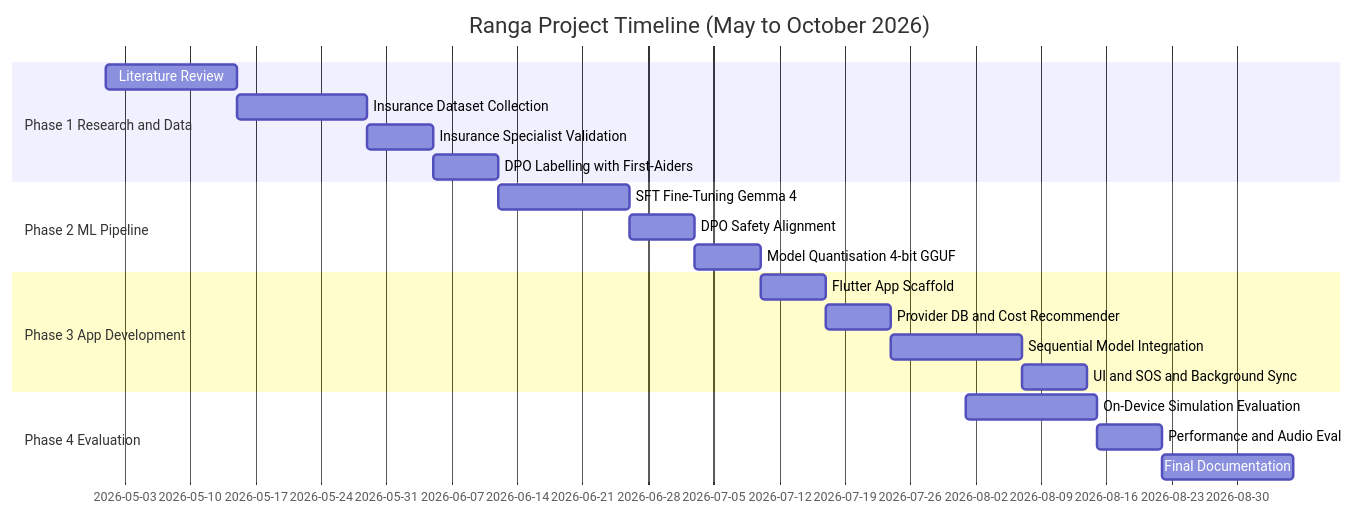
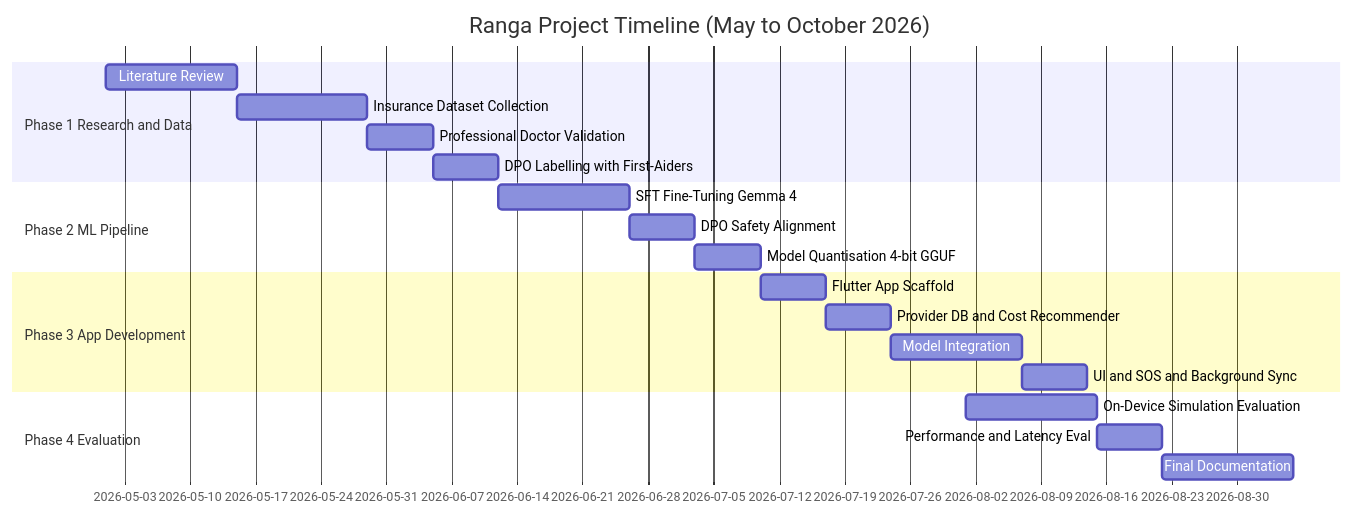
Before and after one commit to tuyishimejeandamour/capstone: the second of 11 diagrams in proposal.md, drawn with Mermaid. The commit also changed other lines of this file and 52 other files, not shown here.

Commit message:
Update project dependencies, enhance database schema for hospitals, and improve location-based hospital recommendations in the app.

````diff
--- a/proposal.md
+++ b/proposal.md
@@ -185,26 +183,26 @@
 ```mermaid
 gantt
     title Ranga Project Timeline (May to October 2026)
     dateFormat  YYYY-MM-DD
     section Phase 1 Research and Data
     Literature Review                    :a1, 2026-05-01, 14d
     Insurance Dataset Collection         :a2, after a1, 14d
-    Insurance Specialist Validation      :a3, after a2, 7d
+    Professional Doctor Validation       :a3, after a2, 7d
     DPO Labelling with First-Aiders      :a4, after a3, 7d
  
     section Phase 2 ML Pipeline
     SFT Fine-Tuning Gemma 4              :b1, after a4, 14d
     DPO Safety Alignment                 :b2, after b1, 7d
     Model Quantisation 4-bit GGUF        :b3, after b2, 7d
  
     section Phase 3 App Development
     Flutter App Scaffold                 :c1, after b3, 7d
     Provider DB and Cost Recommender     :c2, after c1, 7d
-    Sequential Model Integration         :c3, after c2, 14d
+    Model Integration                    :c3, after c2, 14d
     UI and SOS and Background Sync       :c4, after c3, 7d
  
     section Phase 4 Evaluation
     On-Device Simulation Evaluation      :d1, 2026-08-01, 14d
-    Performance and Audio Eval           :d2, after d1, 7d
+    Performance and Latency Eval         :d2, after d1, 7d
     Final Documentation                  :d3, after d2, 14d
 ```
````
